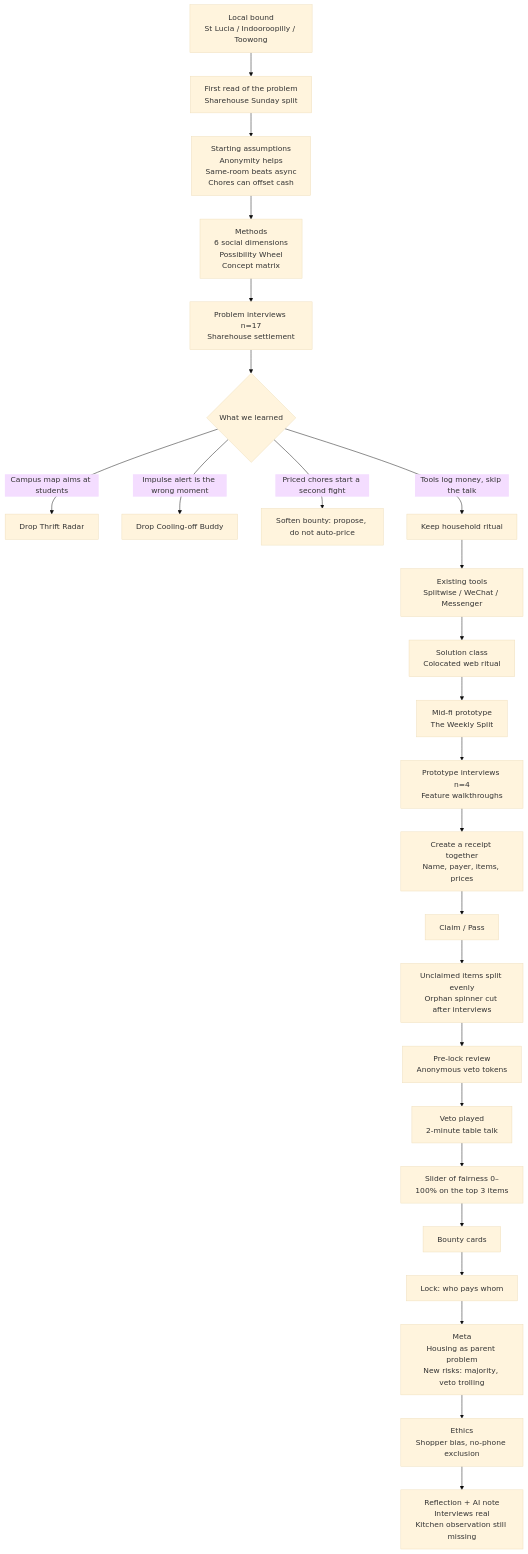
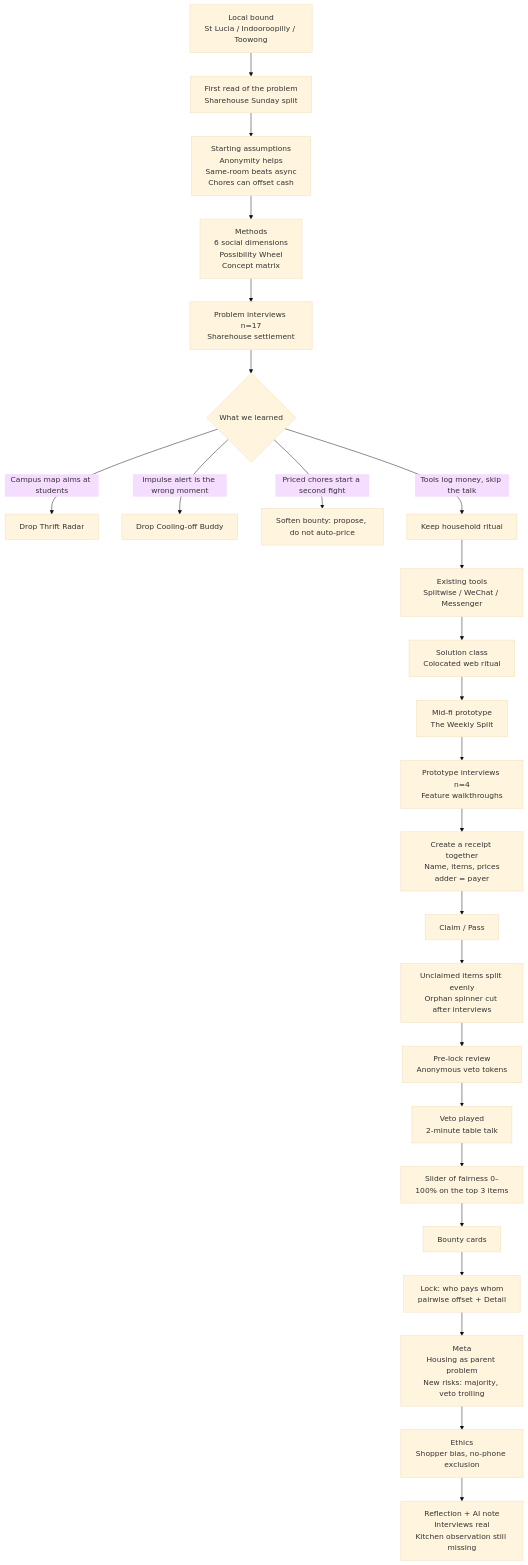
The diagram in wiki/Process-Flow.md (MaloneWayne/Deco3500-Team-17), drawn with Mermaid (base theme) before and after one commit. The commit also changed other lines of this file and 10 other files, not shown here.

First line of the commit message:
Per-item payer (adder pays), pairwise-offset ledger, Detail view on the locked bill

````diff
--- a/wiki/Process-Flow.md
+++ b/wiki/Process-Flow.md
@@ -5,27 +5,27 @@
 ```mermaid
 flowchart TD
   A[Local bound<br/>St Lucia / Indooroopilly / Toowong] --> B[First read of the problem<br/>Sharehouse Sunday split]
   B --> C[Starting assumptions<br/>Anonymity helps<br/>Same-room beats async<br/>Chores can offset cash]
   C --> D[Methods<br/>6 social dimensions<br/>Possibility Wheel<br/>Concept matrix]
   D --> E[Problem interviews n=17<br/>Sharehouse settlement]
   E --> F{What we learned}
   F -->|Campus map aims at students| G[Drop Thrift Radar]
   F -->|Impulse alert is the wrong moment| H[Drop Cooling-off Buddy]
   F -->|Priced chores start a second fight| I[Soften bounty: propose, do not auto-price]
   F -->|Tools log money, skip the talk| J[Keep household ritual]
   J --> K[Existing tools<br/>Splitwise / WeChat / Messenger]
   K --> L[Solution class<br/>Colocated web ritual]
   L --> M[Mid-fi prototype<br/>The Weekly Split]
   M --> W[Prototype interviews n=4<br/>Feature walkthroughs]
-  W --> X[Create a receipt together<br/>Name, payer, items, prices]
+  W --> X[Create a receipt together<br/>Name, items, prices<br/>adder = payer]
   X --> N[Claim / Pass]
   N --> O[Unclaimed items split evenly<br/>Orphan spinner cut after interviews]
   O --> P[Pre-lock review<br/>Anonymous veto tokens]
   P --> P2[Veto played<br/>2-minute table talk]
   P2 --> Q[Slider of fairness 0–100% on the top 3 items]
   Q --> R[Bounty cards]
-  R --> S[Lock: who pays whom]
+  R --> S[Lock: who pays whom<br/>pairwise offset + Detail]
   S --> T[Meta<br/>Housing as parent problem<br/>New risks: majority, veto trolling]
   T --> U[Ethics<br/>Shopper bias, no-phone exclusion]
   U --> V[Reflection + AI note<br/>Interviews real<br/>Kitchen observation still missing]
 ```
````
